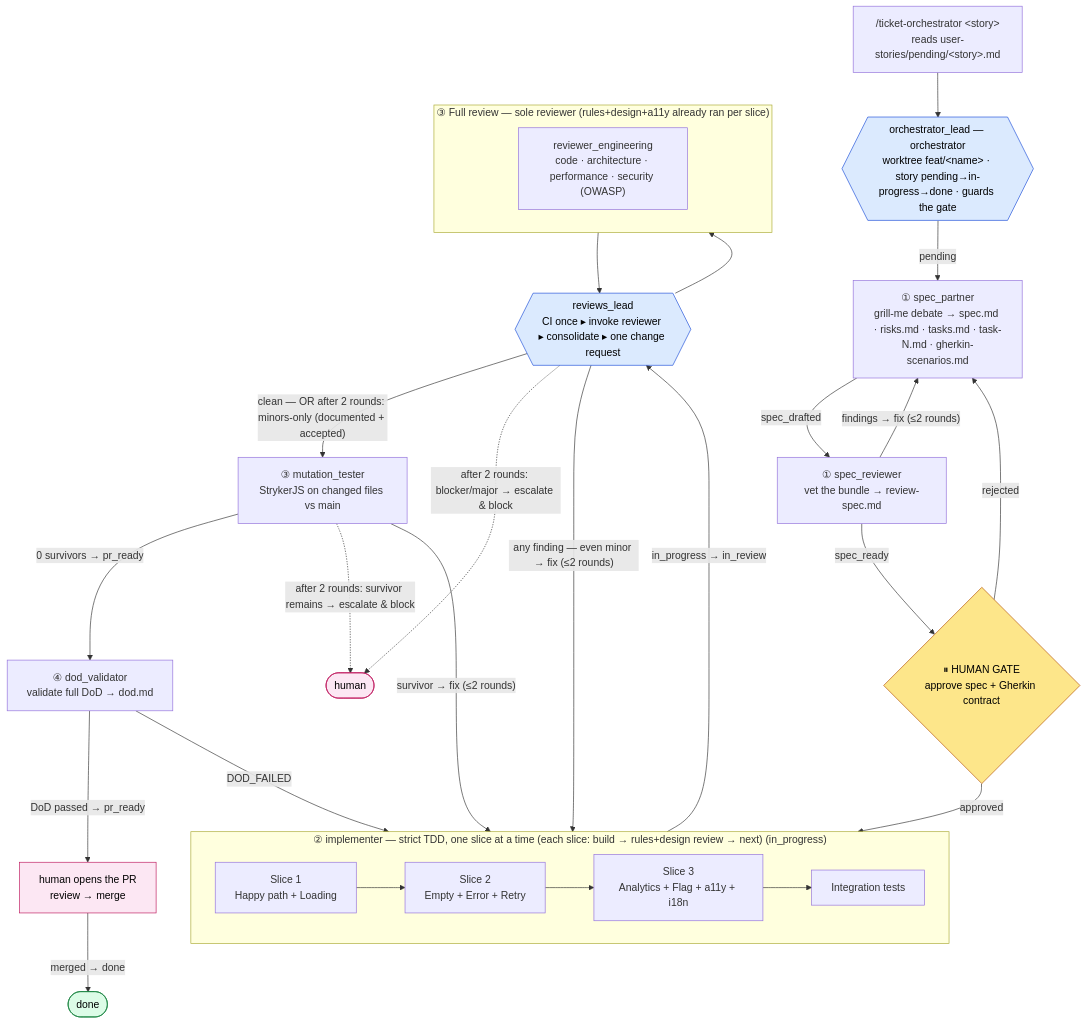
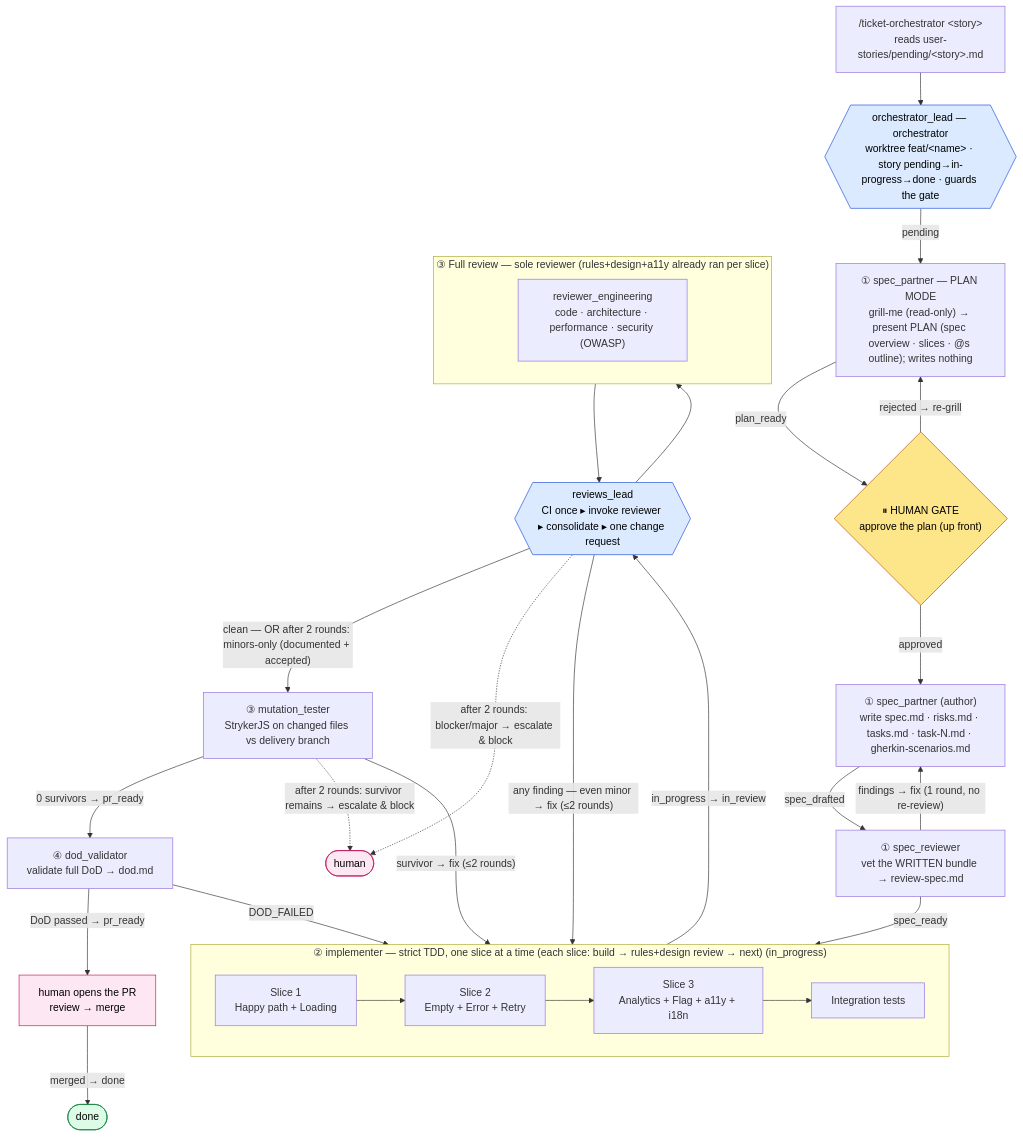
Before and after one commit to rimbener/AI4Devs-finalproject: the diagram in ORCHESTRATOR_PLAN.md, drawn with Mermaid. The commit also changed other lines of this file and 16 other files, not shown here.

First line of the commit message:
docs(agents): plan-mode gate, 1-round reviews, e2e/context rules

````diff
--- a/ORCHESTRATOR_PLAN.md
+++ b/ORCHESTRATOR_PLAN.md
@@ -166,44 +169,45 @@
 ```mermaid
 flowchart TD
     CLI["/ticket-orchestrator &lt;story&gt;<br/>reads user-stories/pending/&lt;story&gt;.md"] --> LEAD{{"orchestrator_lead — orchestrator<br/>worktree feat/&lt;name&gt; · story pending→in-progress→done · guards the gate"}}
 
-    LEAD -->|pending| P1["① spec_partner<br/>grill-me debate → spec.md · risks.md · tasks.md · task-N.md · gherkin-scenarios.md"]
-    P1 -->|spec_drafted| SR["① spec_reviewer<br/>vet the bundle → review-spec.md"]
-    SR -->|"findings → fix (≤2 rounds)"| P1
-    SR -->|spec_ready| GATE{"⏸ HUMAN GATE<br/>approve spec + Gherkin contract"}
-    GATE -->|rejected| P1
+    LEAD -->|pending| P1["① spec_partner — PLAN MODE<br/>grill-me (read-only) → present PLAN (spec overview · slices · @s outline); writes nothing"]
+    P1 -->|plan_ready| GATE{"⏸ HUMAN GATE<br/>approve the plan (up front)"}
+    GATE -->|"rejected → re-grill"| P1
+    GATE -->|"approved"| AUTHOR["① spec_partner (author)<br/>write spec.md · risks.md · tasks.md · task-N.md · gherkin-scenarios.md"]
+    AUTHOR -->|spec_drafted| SR["① spec_reviewer<br/>vet the WRITTEN bundle → review-spec.md"]
+    SR -->|"findings → fix (1 round, no re-review)"| AUTHOR
 
-    GATE -->|"approved"| P3G
+    SR -->|"spec_ready"| P3G
     subgraph P3G["② implementer — strict TDD, one slice at a time (each slice: build → rules+design review → next) (in_progress)"]
         direction LR
         S1["Slice 1<br/>Happy path + Loading"] --> S2["Slice 2<br/>Empty + Error + Retry"] --> S3["Slice 3<br/>Analytics + Flag + a11y + i18n"] --> INT["Integration tests"]
     end
 
     subgraph RV["③ Full review — sole reviewer (rules+design+a11y already ran per slice)"]
         direction LR
         R1["reviewer_engineering<br/>code · architecture · performance · security (OWASP)"]
     end
     RL{{"reviews_lead<br/>CI once ▸ invoke reviewer ▸ consolidate ▸ one change request"}}
     P3G -->|"in_progress → in_review"| RL
     RL --> RV
     RV --> RL
 
     RL -->|"any finding — even minor → fix (≤2 rounds)"| P3G
-    RL -->|"clean — OR after 2 rounds: minors-only (documented + accepted)"| MUT["③ mutation_tester<br/>StrykerJS on changed files vs main"]
+    RL -->|"clean — OR after 2 rounds: minors-only (documented + accepted)"| MUT["③ mutation_tester<br/>StrykerJS on changed files vs delivery branch"]
     RL -.->|"after 2 rounds: blocker/major → escalate & block"| ESC(["human"])
     MUT -->|"survivor → fix (≤2 rounds)"| P3G
     MUT -->|"0 survivors → pr_ready"| DV["④ dod_validator<br/>validate full DoD → dod.md"]
     MUT -.->|"after 2 rounds: survivor remains → escalate & block"| ESC
     DV -->|DOD_FAILED| P3G
     DV -->|"DoD passed → pr_ready"| HPR["human opens the PR<br/>review → merge"]
     HPR -->|merged → done| DONE(["done"])
 
     classDef gate fill:#fde68a,stroke:#b45309,color:#000;
     classDef lead fill:#dbeafe,stroke:#1d4ed8,color:#000;
     classDef terminal fill:#dcfce7,stroke:#15803d,color:#000;
     classDef human fill:#fce7f3,stroke:#be185d,color:#000;
     class GATE gate;
     class LEAD,RL lead;
     class HPR,ESC human;
     class DONE terminal;
 ```
````
